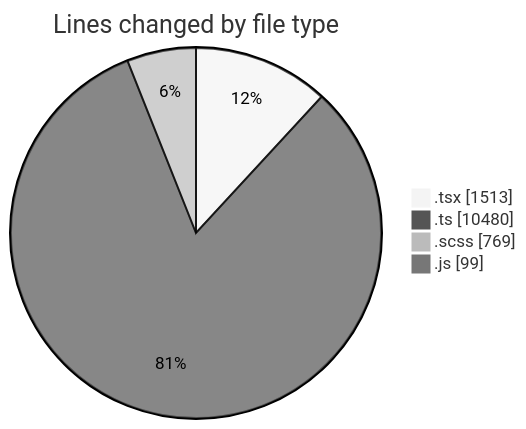
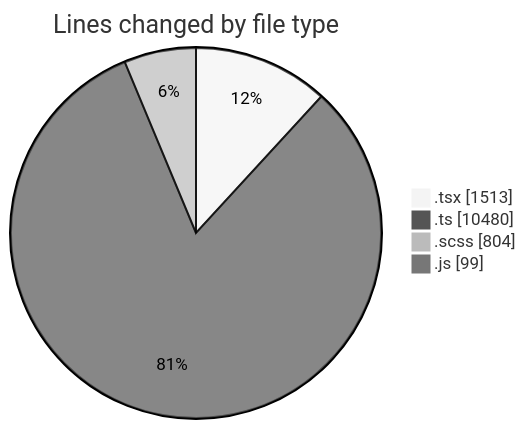
Before and after one commit to momahboobian/code-tracking: the first of 2 diagrams in 2025-03-26/cda/README.md, drawn with Mermaid (neutral theme). The commit also changed other lines of this file and 1 other file, not shown here.

````diff
--- a/2025-03-26/cda/README.md
+++ b/2025-03-26/cda/README.md
@@ -44,8 +44,8 @@
 ```mermaid
 pie showData
 title Lines changed by file type
 ".tsx" : 1513
 ".ts" : 10480
-".scss" : 769
+".scss" : 804
 ".js" : 99
 ```
````
